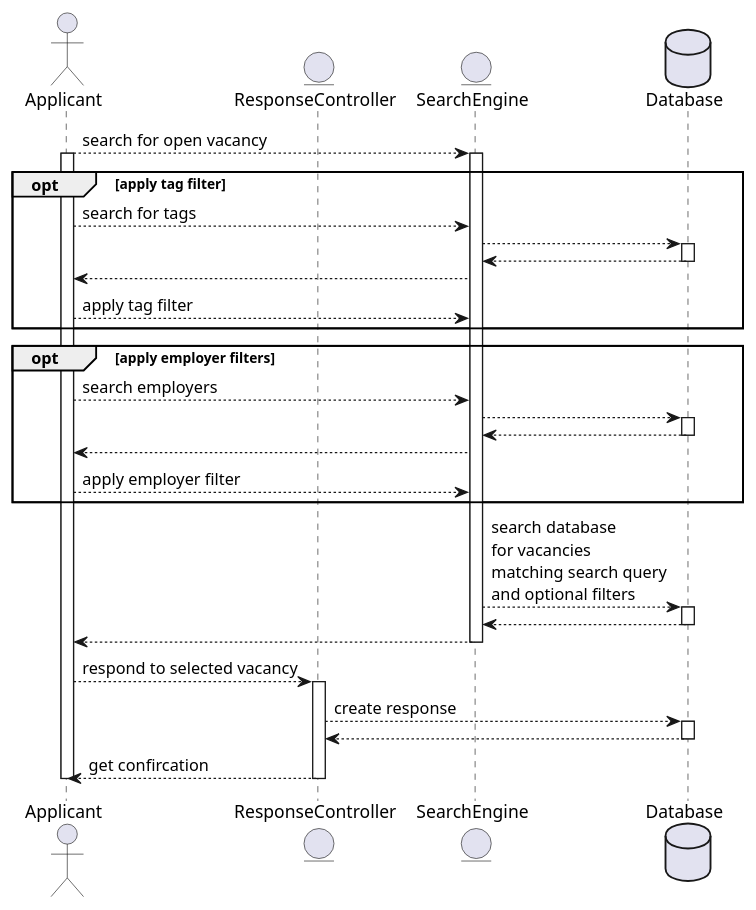
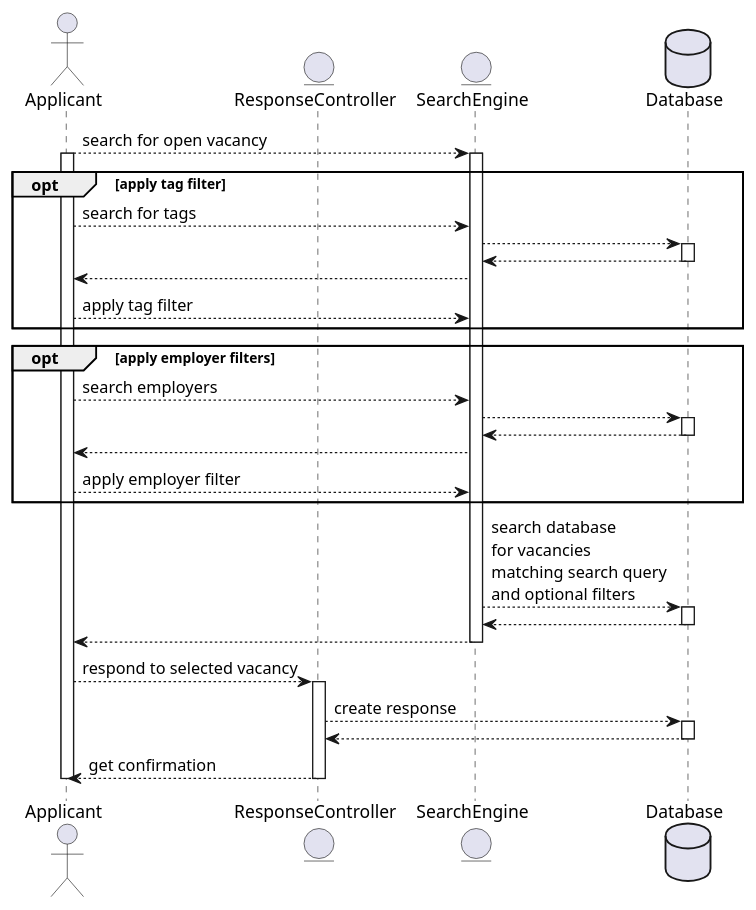
One commit to gmatiukhin/system-modeling changed the diagram in uml/vacancy_search.plantuml. Above: the diagram before and after it, drawn with PlantUML. The commit also changed 5 other files, not shown here.

Commit message:
state diagram

```diff
--- a/uml/vacancy_search.plantuml
+++ b/uml/vacancy_search.plantuml
@@ -1,46 +1,46 @@
 @startuml
 actor     Applicant           as a
 entity    ResponseController  as rc
 entity    SearchEngine        as se
 database  Database            as db
 
 a --> se : search for open vacancy
 activate a
   activate se
     opt apply tag filter
     a --> se : search for tags
     se --> db
     activate db
       se <-- db
     deactivate db
     a <-- se
     a --> se : apply tag filter
     end
 
     opt apply employer filters
     a --> se : search employers
     se --> db
     activate db
       se <-- db
     deactivate db
     a <-- se
     a --> se : apply employer filter
     end
 
     se --> db : search database\nfor vacancies\nmatching search query\nand optional filters
     activate db
       se <-- db
     deactivate db
     a <-- se
   deactivate se
   a --> rc : respond to selected vacancy
   activate rc
     rc --> db : create response
     activate db
       rc <-- db
     deactivate db
-    a <-- rc : get confircation
+    a <-- rc : get confirmation
   deactivate rc
 deactivate a
 
 @enduml
```
